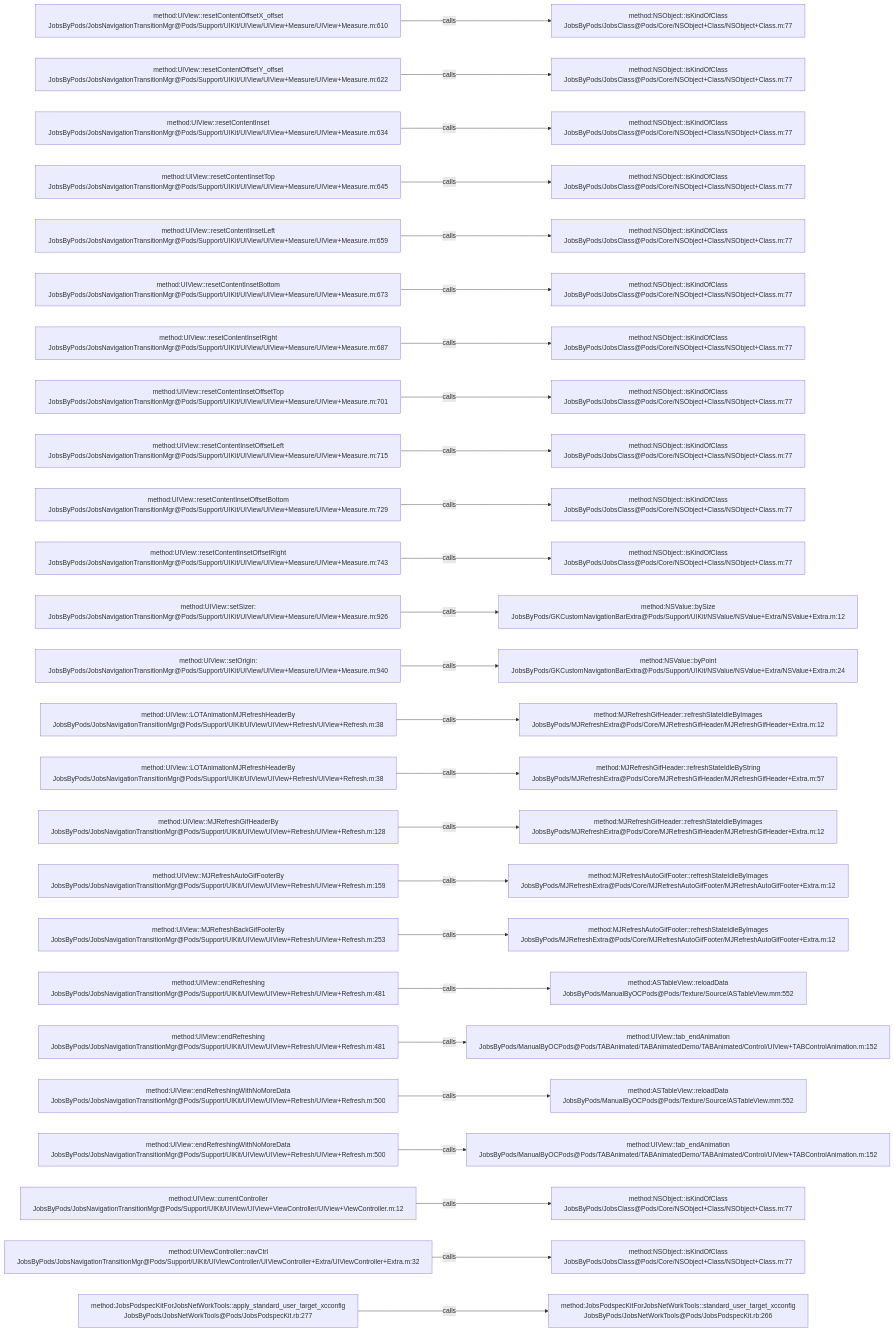
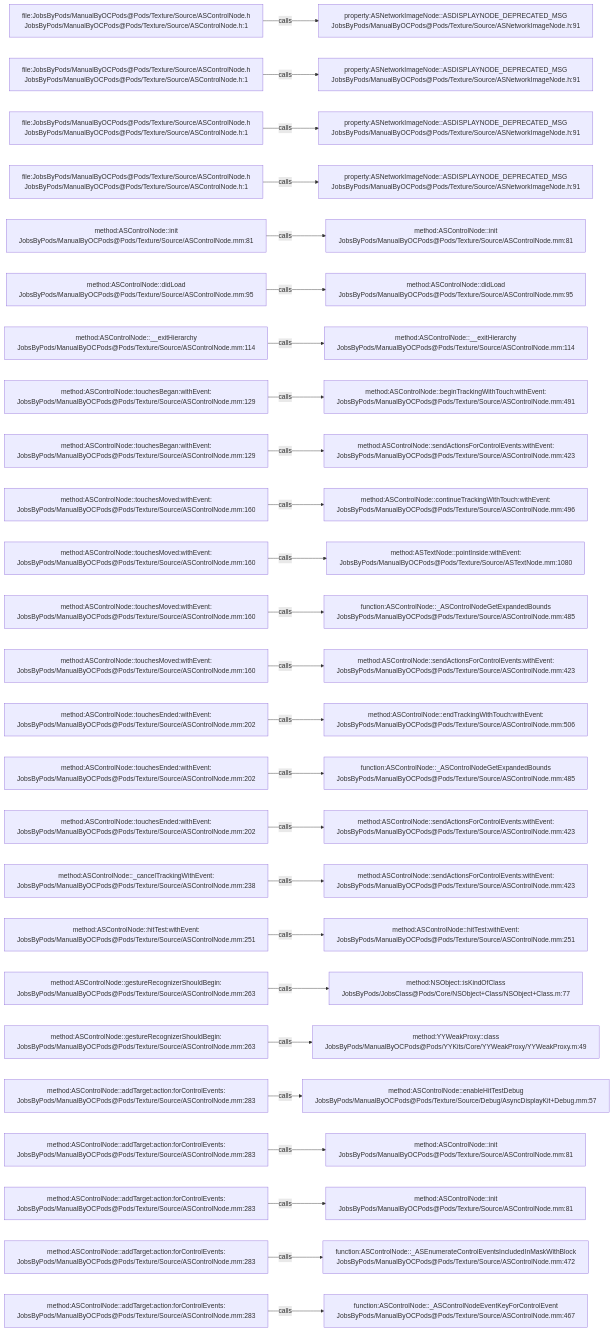
Before and after one commit to JobsKits/JobsOCBaseConfigDemo: the diagram in .codegraph/codegraph.md/graphs/calls-094.md, drawn with Mermaid. The commit also changed 2162 other files, not shown here.

````diff
--- a/.codegraph/codegraph.md/graphs/calls-094.md
+++ b/.codegraph/codegraph.md/graphs/calls-094.md
@@ -13,78 +13,78 @@
 ```mermaid
 flowchart LR
-  S1["method:UIView::resetContentOffsetX_offset<br/>JobsByPods/JobsNavigationTransitionMgr@Pods/Support/UIKit/UIView/UIView+Measure/UIView+Measure.m:610"]
-  T1["method:NSObject::isKindOfClass<br/>JobsByPods/JobsClass@Pods/Core/NSObject+Class/NSObject+Class.m:77"]
+  S1["file:JobsByPods/ManualByOCPods@Pods/Texture/Source/ASControlNode.h<br/>JobsByPods/ManualByOCPods@Pods/Texture/Source/ASControlNode.h:1"]
+  T1["property:ASNetworkImageNode::ASDISPLAYNODE_DEPRECATED_MSG<br/>JobsByPods/ManualByOCPods@Pods/Texture/Source/ASNetworkImageNode.h:91"]
   S1 -->|calls| T1
-  S2["method:UIView::resetContentOffsetY_offset<br/>JobsByPods/JobsNavigationTransitionMgr@Pods/Support/UIKit/UIView/UIView+Measure/UIView+Measure.m:622"]
-  T2["method:NSObject::isKindOfClass<br/>JobsByPods/JobsClass@Pods/Core/NSObject+Class/NSObject+Class.m:77"]
+  S2["file:JobsByPods/ManualByOCPods@Pods/Texture/Source/ASControlNode.h<br/>JobsByPods/ManualByOCPods@Pods/Texture/Source/ASControlNode.h:1"]
+  T2["property:ASNetworkImageNode::ASDISPLAYNODE_DEPRECATED_MSG<br/>JobsByPods/ManualByOCPods@Pods/Texture/Source/ASNetworkImageNode.h:91"]
   S2 -->|calls| T2
-  S3["method:UIView::resetContentInset<br/>JobsByPods/JobsNavigationTransitionMgr@Pods/Support/UIKit/UIView/UIView+Measure/UIView+Measure.m:634"]
-  T3["method:NSObject::isKindOfClass<br/>JobsByPods/JobsClass@Pods/Core/NSObject+Class/NSObject+Class.m:77"]
+  S3["file:JobsByPods/ManualByOCPods@Pods/Texture/Source/ASControlNode.h<br/>JobsByPods/ManualByOCPods@Pods/Texture/Source/ASControlNode.h:1"]
+  T3["property:ASNetworkImageNode::ASDISPLAYNODE_DEPRECATED_MSG<br/>JobsByPods/ManualByOCPods@Pods/Texture/Source/ASNetworkImageNode.h:91"]
   S3 -->|calls| T3
-  S4["method:UIView::resetContentInsetTop<br/>JobsByPods/JobsNavigationTransitionMgr@Pods/Support/UIKit/UIView/UIView+Measure/UIView+Measure.m:645"]
-  T4["method:NSObject::isKindOfClass<br/>JobsByPods/JobsClass@Pods/Core/NSObject+Class/NSObject+Class.m:77"]
+  S4["file:JobsByPods/ManualByOCPods@Pods/Texture/Source/ASControlNode.h<br/>JobsByPods/ManualByOCPods@Pods/Texture/Source/ASControlNode.h:1"]
+  T4["property:ASNetworkImageNode::ASDISPLAYNODE_DEPRECATED_MSG<br/>JobsByPods/ManualByOCPods@Pods/Texture/Source/ASNetworkImageNode.h:91"]
   S4 -->|calls| T4
-  S5["method:UIView::resetContentInsetLeft<br/>JobsByPods/JobsNavigationTransitionMgr@Pods/Support/UIKit/UIView/UIView+Measure/UIView+Measure.m:659"]
-  T5["method:NSObject::isKindOfClass<br/>JobsByPods/JobsClass@Pods/Core/NSObject+Class/NSObject+Class.m:77"]
+  S5["method:ASControlNode::init<br/>JobsByPods/ManualByOCPods@Pods/Texture/Source/ASControlNode.mm:81"]
+  T5["method:ASControlNode::init<br/>JobsByPods/ManualByOCPods@Pods/Texture/Source/ASControlNode.mm:81"]
   S5 -->|calls| T5
-  S6["method:UIView::resetContentInsetBottom<br/>JobsByPods/JobsNavigationTransitionMgr@Pods/Support/UIKit/UIView/UIView+Measure/UIView+Measure.m:673"]
-  T6["method:NSObject::isKindOfClass<br/>JobsByPods/JobsClass@Pods/Core/NSObject+Class/NSObject+Class.m:77"]
+  S6["method:ASControlNode::didLoad<br/>JobsByPods/ManualByOCPods@Pods/Texture/Source/ASControlNode.mm:95"]
+  T6["method:ASControlNode::didLoad<br/>JobsByPods/ManualByOCPods@Pods/Texture/Source/ASControlNode.mm:95"]
   S6 -->|calls| T6
-  S7["method:UIView::resetContentInsetRight<br/>JobsByPods/JobsNavigationTransitionMgr@Pods/Support/UIKit/UIView/UIView+Measure/UIView+Measure.m:687"]
-  T7["method:NSObject::isKindOfClass<br/>JobsByPods/JobsClass@Pods/Core/NSObject+Class/NSObject+Class.m:77"]
+  S7["method:ASControlNode::__exitHierarchy<br/>JobsByPods/ManualByOCPods@Pods/Texture/Source/ASControlNode.mm:114"]
+  T7["method:ASControlNode::__exitHierarchy<br/>JobsByPods/ManualByOCPods@Pods/Texture/Source/ASControlNode.mm:114"]
   S7 -->|calls| T7
-  S8["method:UIView::resetContentInsetOffsetTop<br/>JobsByPods/JobsNavigationTransitionMgr@Pods/Support/UIKit/UIView/UIView+Measure/UIView+Measure.m:701"]
-  T8["method:NSObject::isKindOfClass<br/>JobsByPods/JobsClass@Pods/Core/NSObject+Class/NSObject+Class.m:77"]
+  S8["method:ASControlNode::touchesBegan:withEvent:<br/>JobsByPods/ManualByOCPods@Pods/Texture/Source/ASControlNode.mm:129"]
+  T8["method:ASControlNode::beginTrackingWithTouch:withEvent:<br/>JobsByPods/ManualByOCPods@Pods/Texture/Source/ASControlNode.mm:491"]
   S8 -->|calls| T8
-  S9["method:UIView::resetContentInsetOffsetLeft<br/>JobsByPods/JobsNavigationTransitionMgr@Pods/Support/UIKit/UIView/UIView+Measure/UIView+Measure.m:715"]
-  T9["method:NSObject::isKindOfClass<br/>JobsByPods/JobsClass@Pods/Core/NSObject+Class/NSObject+Class.m:77"]
+  S9["method:ASControlNode::touchesBegan:withEvent:<br/>JobsByPods/ManualByOCPods@Pods/Texture/Source/ASControlNode.mm:129"]
+  T9["method:ASControlNode::sendActionsForControlEvents:withEvent:<br/>JobsByPods/ManualByOCPods@Pods/Texture/Source/ASControlNode.mm:423"]
   S9 -->|calls| T9
-  S10["method:UIView::resetContentInsetOffsetBottom<br/>JobsByPods/JobsNavigationTransitionMgr@Pods/Support/UIKit/UIView/UIView+Measure/UIView+Measure.m:729"]
-  T10["method:NSObject::isKindOfClass<br/>JobsByPods/JobsClass@Pods/Core/NSObject+Class/NSObject+Class.m:77"]
+  S10["method:ASControlNode::touchesMoved:withEvent:<br/>JobsByPods/ManualByOCPods@Pods/Texture/Source/ASControlNode.mm:160"]
+  T10["method:ASControlNode::continueTrackingWithTouch:withEvent:<br/>JobsByPods/ManualByOCPods@Pods/Texture/Source/ASControlNode.mm:496"]
   S10 -->|calls| T10
-  S11["method:UIView::resetContentInsetOffsetRight<br/>JobsByPods/JobsNavigationTransitionMgr@Pods/Support/UIKit/UIView/UIView+Measure/UIView+Measure.m:743"]
-  T11["method:NSObject::isKindOfClass<br/>JobsByPods/JobsClass@Pods/Core/NSObject+Class/NSObject+Class.m:77"]
+  S11["method:ASControlNode::touchesMoved:withEvent:<br/>JobsByPods/ManualByOCPods@Pods/Texture/Source/ASControlNode.mm:160"]
+  T11["method:ASTextNode::pointInside:withEvent:<br/>JobsByPods/ManualByOCPods@Pods/Texture/Source/ASTextNode.mm:1080"]
   S11 -->|calls| T11
-  S12["method:UIView::setSizer:<br/>JobsByPods/JobsNavigationTransitionMgr@Pods/Support/UIKit/UIView/UIView+Measure/UIView+Measure.m:926"]
-  T12["method:NSValue::bySize<br/>JobsByPods/GKCustomNavigationBarExtra@Pods/Support/UIKit/NSValue/NSValue+Extra/NSValue+Extra.m:12"]
+  S12["method:ASControlNode::touchesMoved:withEvent:<br/>JobsByPods/ManualByOCPods@Pods/Texture/Source/ASControlNode.mm:160"]
+  T12["function:ASControlNode::_ASControlNodeGetExpandedBounds<br/>JobsByPods/ManualByOCPods@Pods/Texture/Source/ASControlNode.mm:485"]
   S12 -->|calls| T12
-  S13["method:UIView::setOrigin:<br/>JobsByPods/JobsNavigationTransitionMgr@Pods/Support/UIKit/UIView/UIView+Measure/UIView+Measure.m:940"]
-  T13["method:NSValue::byPoint<br/>JobsByPods/GKCustomNavigationBarExtra@Pods/Support/UIKit/NSValue/NSValue+Extra/NSValue+Extra.m:24"]
+  S13["method:ASControlNode::touchesMoved:withEvent:<br/>JobsByPods/ManualByOCPods@Pods/Texture/Source/ASControlNode.mm:160"]
+  T13["method:ASControlNode::sendActionsForControlEvents:withEvent:<br/>JobsByPods/ManualByOCPods@Pods/Texture/Source/ASControlNode.mm:423"]
   S13 -->|calls| T13
-  S14["method:UIView::LOTAnimationMJRefreshHeaderBy<br/>JobsByPods/JobsNavigationTransitionMgr@Pods/Support/UIKit/UIView/UIView+Refresh/UIView+Refresh.m:38"]
-  T14["method:MJRefreshGifHeader::refreshStateIdleByImages<br/>JobsByPods/MJRefreshExtra@Pods/Core/MJRefreshGifHeader/MJRefreshGifHeader+Extra.m:12"]
+  S14["method:ASControlNode::touchesEnded:withEvent:<br/>JobsByPods/ManualByOCPods@Pods/Texture/Source/ASControlNode.mm:202"]
+  T14["method:ASControlNode::endTrackingWithTouch:withEvent:<br/>JobsByPods/ManualByOCPods@Pods/Texture/Source/ASControlNode.mm:506"]
   S14 -->|calls| T14
-  S15["method:UIView::LOTAnimationMJRefreshHeaderBy<br/>JobsByPods/JobsNavigationTransitionMgr@Pods/Support/UIKit/UIView/UIView+Refresh/UIView+Refresh.m:38"]
-  T15["method:MJRefreshGifHeader::refreshStateIdleByString<br/>JobsByPods/MJRefreshExtra@Pods/Core/MJRefreshGifHeader/MJRefreshGifHeader+Extra.m:57"]
+  S15["method:ASControlNode::touchesEnded:withEvent:<br/>JobsByPods/ManualByOCPods@Pods/Texture/Source/ASControlNode.mm:202"]
+  T15["function:ASControlNode::_ASControlNodeGetExpandedBounds<br/>JobsByPods/ManualByOCPods@Pods/Texture/Source/ASControlNode.mm:485"]
   S15 -->|calls| T15
-  S16["method:UIView::MJRefreshGifHeaderBy<br/>JobsByPods/JobsNavigationTransitionMgr@Pods/Support/UIKit/UIView/UIView+Refresh/UIView+Refresh.m:128"]
-  T16["method:MJRefreshGifHeader::refreshStateIdleByImages<br/>JobsByPods/MJRefreshExtra@Pods/Core/MJRefreshGifHeader/MJRefreshGifHeader+Extra.m:12"]
+  S16["method:ASControlNode::touchesEnded:withEvent:<br/>JobsByPods/ManualByOCPods@Pods/Texture/Source/ASControlNode.mm:202"]
+  T16["method:ASControlNode::sendActionsForControlEvents:withEvent:<br/>JobsByPods/ManualByOCPods@Pods/Texture/Source/ASControlNode.mm:423"]
   S16 -->|calls| T16
-  S17["method:UIView::MJRefreshAutoGifFooterBy<br/>JobsByPods/JobsNavigationTransitionMgr@Pods/Support/UIKit/UIView/UIView+Refresh/UIView+Refresh.m:159"]
-  T17["method:MJRefreshAutoGifFooter::refreshStateIdleByImages<br/>JobsByPods/MJRefreshExtra@Pods/Core/MJRefreshAutoGifFooter/MJRefreshAutoGifFooter+Extra.m:12"]
+  S17["method:ASControlNode::_cancelTrackingWithEvent:<br/>JobsByPods/ManualByOCPods@Pods/Texture/Source/ASControlNode.mm:238"]
+  T17["method:ASControlNode::sendActionsForControlEvents:withEvent:<br/>JobsByPods/ManualByOCPods@Pods/Texture/Source/ASControlNode.mm:423"]
   S17 -->|calls| T17
-  S18["method:UIView::MJRefreshBackGifFooterBy<br/>JobsByPods/JobsNavigationTransitionMgr@Pods/Support/UIKit/UIView/UIView+Refresh/UIView+Refresh.m:253"]
-  T18["method:MJRefreshAutoGifFooter::refreshStateIdleByImages<br/>JobsByPods/MJRefreshExtra@Pods/Core/MJRefreshAutoGifFooter/MJRefreshAutoGifFooter+Extra.m:12"]
+  S18["method:ASControlNode::hitTest:withEvent:<br/>JobsByPods/ManualByOCPods@Pods/Texture/Source/ASControlNode.mm:251"]
+  T18["method:ASControlNode::hitTest:withEvent:<br/>JobsByPods/ManualByOCPods@Pods/Texture/Source/ASControlNode.mm:251"]
   S18 -->|calls| T18
-  S19["method:UIView::endRefreshing<br/>JobsByPods/JobsNavigationTransitionMgr@Pods/Support/UIKit/UIView/UIView+Refresh/UIView+Refresh.m:481"]
-  T19["method:ASTableView::reloadData<br/>JobsByPods/ManualByOCPods@Pods/Texture/Source/ASTableView.mm:552"]
+  S19["method:ASControlNode::gestureRecognizerShouldBegin:<br/>JobsByPods/ManualByOCPods@Pods/Texture/Source/ASControlNode.mm:263"]
+  T19["method:NSObject::isKindOfClass<br/>JobsByPods/JobsClass@Pods/Core/NSObject+Class/NSObject+Class.m:77"]
   S19 -->|calls| T19
-  S20["method:UIView::endRefreshing<br/>JobsByPods/JobsNavigationTransitionMgr@Pods/Support/UIKit/UIView/UIView+Refresh/UIView+Refresh.m:481"]
-  T20["method:UIView::tab_endAnimation<br/>JobsByPods/ManualByOCPods@Pods/TABAnimated/TABAnimatedDemo/TABAnimated/Control/UIView+TABControlAnimation.m:152"]
+  S20["method:ASControlNode::gestureRecognizerShouldBegin:<br/>JobsByPods/ManualByOCPods@Pods/Texture/Source/ASControlNode.mm:263"]
+  T20["method:YYWeakProxy::class<br/>JobsByPods/ManualByOCPods@Pods/YYKits/Core/YYWeakProxy/YYWeakProxy.m:49"]
   S20 -->|calls| T20
-  S21["method:UIView::endRefreshingWithNoMoreData<br/>JobsByPods/JobsNavigationTransitionMgr@Pods/Support/UIKit/UIView/UIView+Refresh/UIView+Refresh.m:500"]
-  T21["method:ASTableView::reloadData<br/>JobsByPods/ManualByOCPods@Pods/Texture/Source/ASTableView.mm:552"]
+  S21["method:ASControlNode::addTarget:action:forControlEvents:<br/>JobsByPods/ManualByOCPods@Pods/Texture/Source/ASControlNode.mm:283"]
+  T21["method:ASControlNode::enableHitTestDebug<br/>JobsByPods/ManualByOCPods@Pods/Texture/Source/Debug/AsyncDisplayKit+Debug.mm:57"]
   S21 -->|calls| T21
-  S22["method:UIView::endRefreshingWithNoMoreData<br/>JobsByPods/JobsNavigationTransitionMgr@Pods/Support/UIKit/UIView/UIView+Refresh/UIView+Refresh.m:500"]
-  T22["method:UIView::tab_endAnimation<br/>JobsByPods/ManualByOCPods@Pods/TABAnimated/TABAnimatedDemo/TABAnimated/Control/UIView+TABControlAnimation.m:152"]
+  S22["method:ASControlNode::addTarget:action:forControlEvents:<br/>JobsByPods/ManualByOCPods@Pods/Texture/Source/ASControlNode.mm:283"]
+  T22["method:ASControlNode::init<br/>JobsByPods/ManualByOCPods@Pods/Texture/Source/ASControlNode.mm:81"]
   S22 -->|calls| T22
-  S23["method:UIView::currentController<br/>JobsByPods/JobsNavigationTransitionMgr@Pods/Support/UIKit/UIView/UIView+ViewController/UIView+ViewController.m:12"]
-  T23["method:NSObject::isKindOfClass<br/>JobsByPods/JobsClass@Pods/Core/NSObject+Class/NSObject+Class.m:77"]
+  S23["method:ASControlNode::addTarget:action:forControlEvents:<br/>JobsByPods/ManualByOCPods@Pods/Texture/Source/ASControlNode.mm:283"]
+  T23["method:ASControlNode::init<br/>JobsByPods/ManualByOCPods@Pods/Texture/Source/ASControlNode.mm:81"]
   S23 -->|calls| T23
-  S24["method:UIViewController::navCtrl<br/>JobsByPods/JobsNavigationTransitionMgr@Pods/Support/UIKit/UIViewController/UIViewController+Extra/UIViewController+Extra.m:32"]
-  T24["method:NSObject::isKindOfClass<br/>JobsByPods/JobsClass@Pods/Core/NSObject+Class/NSObject+Class.m:77"]
+  S24["method:ASControlNode::addTarget:action:forControlEvents:<br/>JobsByPods/ManualByOCPods@Pods/Texture/Source/ASControlNode.mm:283"]
+  T24["function:ASControlNode::_ASEnumerateControlEventsIncludedInMaskWithBlock<br/>JobsByPods/ManualByOCPods@Pods/Texture/Source/ASControlNode.mm:472"]
   S24 -->|calls| T24
-  S25["method:JobsPodspecKitForJobsNetWorkTools::apply_standard_user_target_xcconfig<br/>JobsByPods/JobsNetWorkTools@Pods/JobsPodspecKit.rb:277"]
-  T25["method:JobsPodspecKitForJobsNetWorkTools::standard_user_target_xcconfig<br/>JobsByPods/JobsNetWorkTools@Pods/JobsPodspecKit.rb:266"]
+  S25["method:ASControlNode::addTarget:action:forControlEvents:<br/>JobsByPods/ManualByOCPods@Pods/Texture/Source/ASControlNode.mm:283"]
+  T25["function:ASControlNode::_ASControlNodeEventKeyForControlEvent<br/>JobsByPods/ManualByOCPods@Pods/Texture/Source/ASControlNode.mm:467"]
   S25 -->|calls| T25
 ```
````
